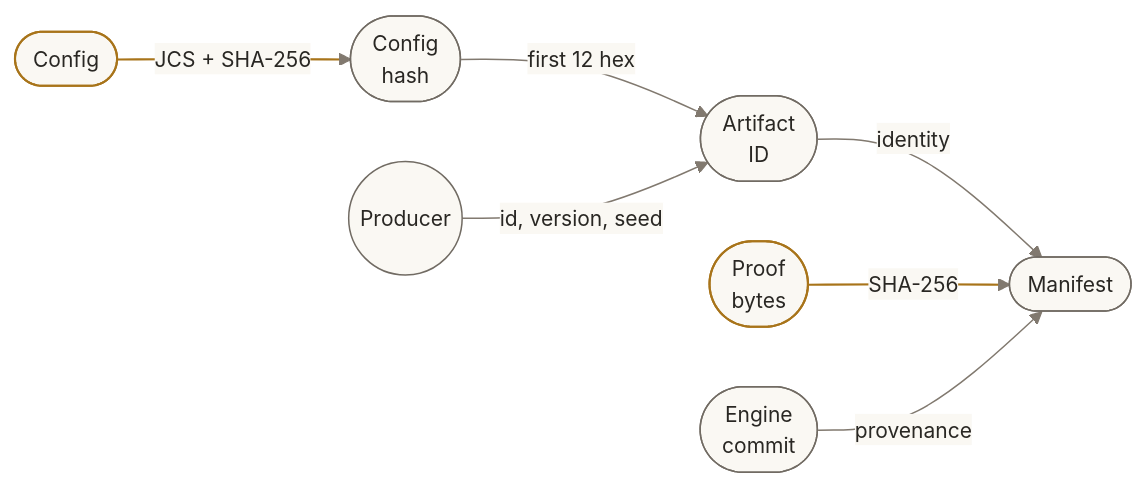
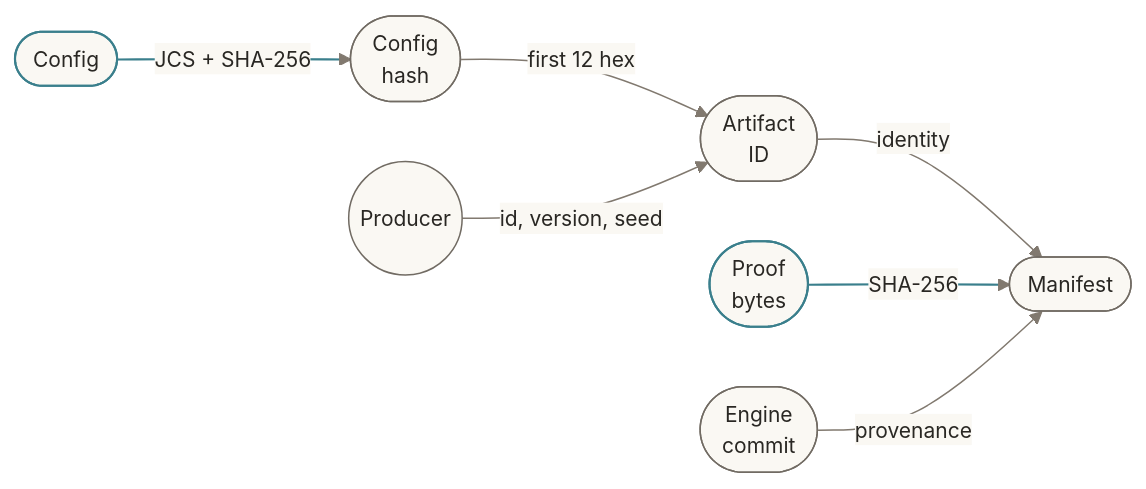
Before and after one commit to Quigles1337/Syndeom: the third of 5 diagrams in README.md, drawn with Mermaid. The commit also changed other lines of this file, not shown here.

````diff
--- a/README.md
+++ b/README.md
@@ -182,15 +182,15 @@
 ```mermaid
 %%{init: {"theme":"base","themeVariables":{"fontFamily":"Georgia, serif","fontSize":"14px","primaryColor":"#faf8f3","primaryTextColor":"#292723","primaryBorderColor":"#716b63","lineColor":"#81796f","edgeLabelBackground":"#faf8f3"},"flowchart":{"curve":"basis","nodeSpacing":40,"rankSpacing":50,"htmlLabels":true}}}%%
 flowchart LR
     accTitle: Artifact identity and content integrity
     accDescr: The canonical JSON configuration is hashed to a configuration hash. Its first twelve hex digits join the producer's id and version, and the seed for a synthetic artifact, to form the artifact ID. The manifest records that identity, the SHA-256 of the exact file bytes, and the engine commit that produced them.
-    classDef artifact fill:#faf8f3,stroke:#a8741a,color:#292723,stroke-width:1.4px;
+    classDef artifact fill:#faf8f3,stroke:#3a7f8c,color:#292723,stroke-width:1.4px;
     C(["Config"]):::artifact -->|"JCS + SHA-256"| H(["Config<br/>hash"])
     H -->|"first 12 hex"| ID(["Artifact<br/>ID"])
     P(("Producer")) -->|"id, version, seed"| ID
     ID -->|"identity"| M(["Manifest"])
     B(["Proof<br/>bytes"]):::artifact -->|"SHA-256"| M
     E(["Engine<br/>commit"]) -->|"provenance"| M
     linkStyle default stroke:#81796f,stroke-width:1px;
-    linkStyle 0,4 stroke:#a8741a,stroke-width:1.4px;
+    linkStyle 0,4 stroke:#3a7f8c,stroke-width:1.4px;
 ```
````
